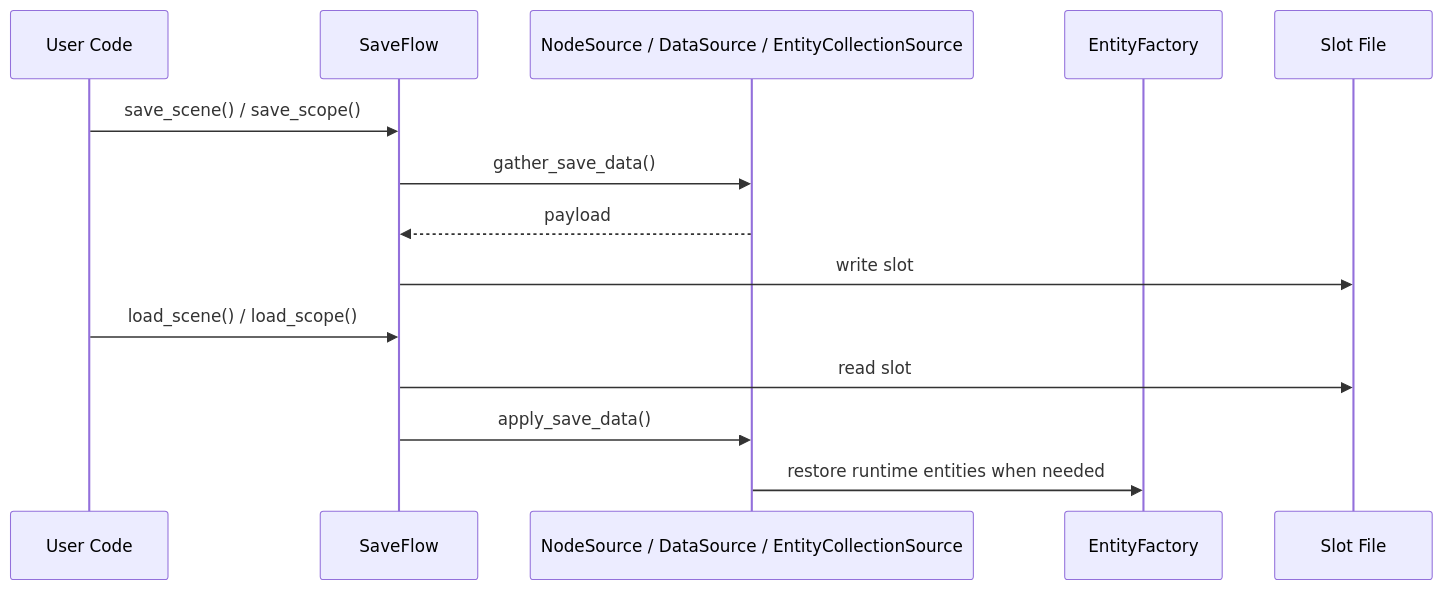
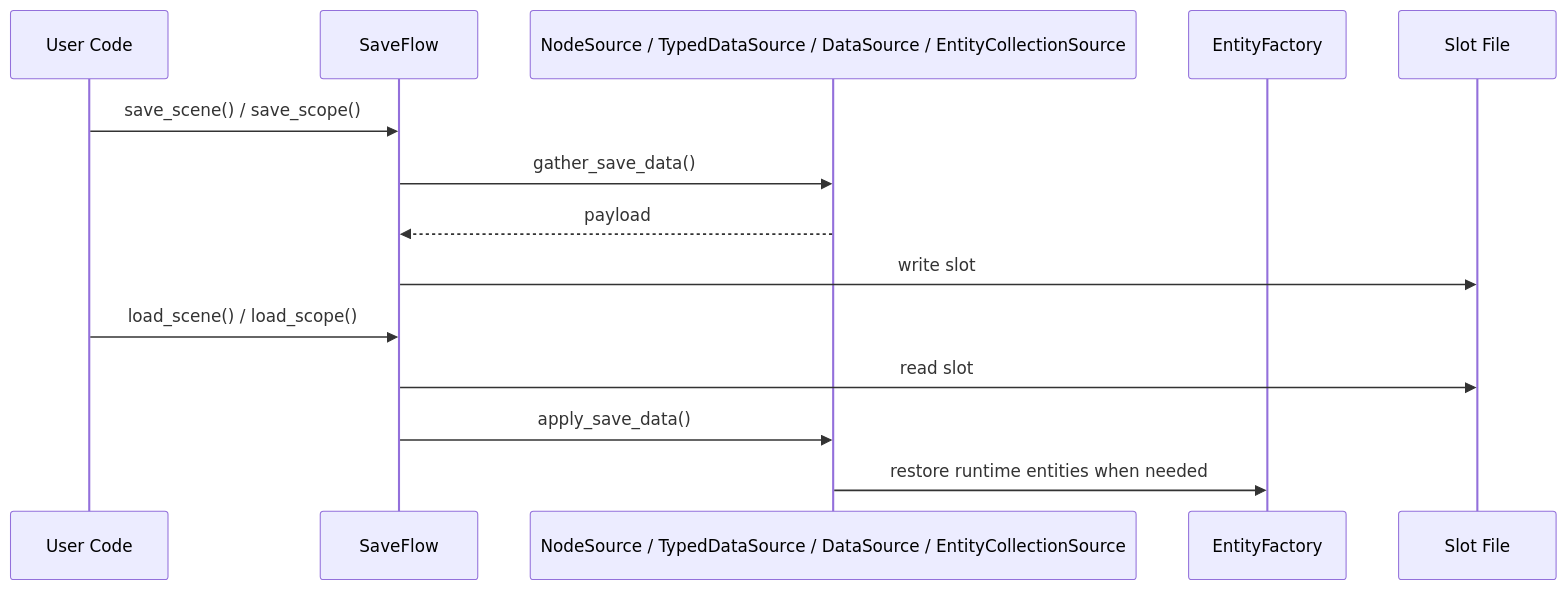
The sixth of 6 diagrams in addons/saveflow_lite/docs/saveflow-concept-map.md (Zoroiscrying/saveflow-lite), drawn with Mermaid before and after one commit. The commit also changed other lines of this file and 82 other files, not shown here.

````diff
--- a/addons/saveflow_lite/docs/saveflow-concept-map.md
+++ b/addons/saveflow_lite/docs/saveflow-concept-map.md
@@ -83,18 +88,18 @@
 ```mermaid
 sequenceDiagram
     participant User as User Code
     participant SF as SaveFlow
-    participant NS as NodeSource / DataSource / EntityCollectionSource
+    participant NS as NodeSource / TypedDataSource / DataSource / EntityCollectionSource
     participant FB as EntityFactory
     participant Slot as Slot File
 
     User->>SF: save_scene() / save_scope()
     SF->>NS: gather_save_data()
     NS-->>SF: payload
     SF->>Slot: write slot
 
     User->>SF: load_scene() / load_scope()
     SF->>Slot: read slot
     SF->>NS: apply_save_data()
     NS->>FB: restore runtime entities when needed
 ```
````
